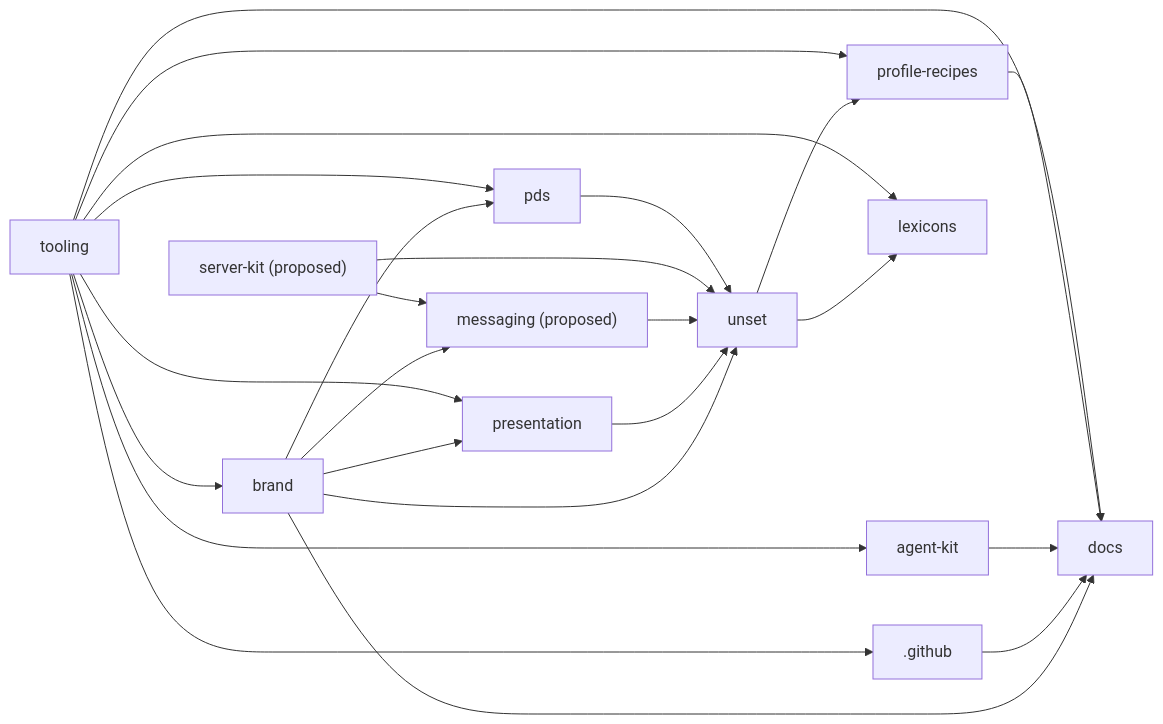
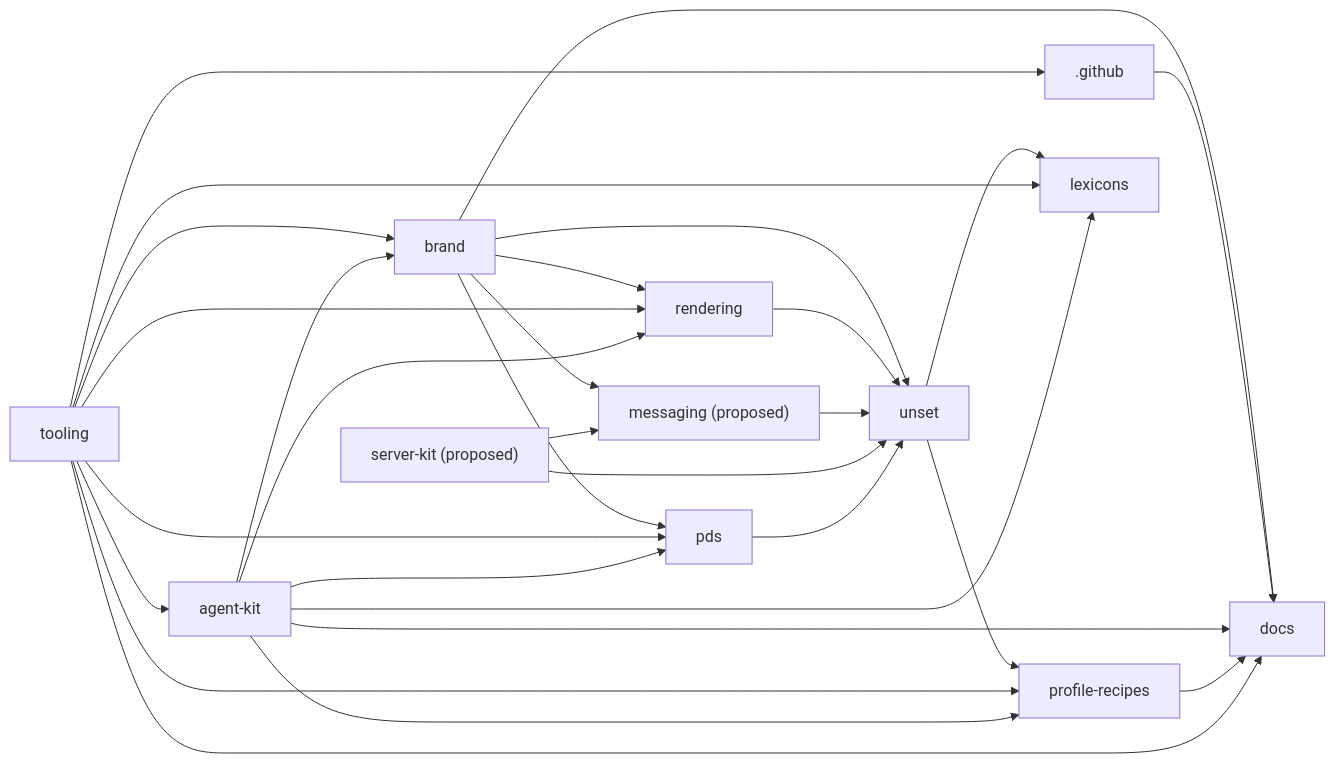
The diagram in MAP.md (unset-sh/.github), drawn with Mermaid before and after one commit. The commit also changed other lines of this file and 2 other files, not shown here.

First line of the commit message:
Rename presentation to rendering and record agent-kit adoption

````diff
--- a/MAP.md
+++ b/MAP.md
@@ -32,38 +32,43 @@
 ```mermaid
 flowchart LR
   r_unset["unset"]
   r__github[".github"]
   r_tooling["tooling"]
   r_brand["brand"]
-  r_presentation["presentation"]
+  r_rendering["rendering"]
   r_profile_recipes["profile-recipes"]
   r_docs["docs"]
   r_pds["pds"]
   r_lexicons["lexicons"]
   r_messaging["messaging (proposed)"]
   r_server_kit["server-kit (proposed)"]
   r_agent_kit["agent-kit"]
   r_brand --> r_unset
-  r_presentation --> r_unset
+  r_rendering --> r_unset
   r_messaging --> r_unset
   r_server_kit --> r_unset
   r_pds --> r_unset
   r_tooling --> r__github
   r_tooling --> r_brand
-  r_brand --> r_presentation
-  r_tooling --> r_presentation
+  r_agent_kit --> r_brand
+  r_brand --> r_rendering
+  r_tooling --> r_rendering
+  r_agent_kit --> r_rendering
   r_unset --> r_profile_recipes
   r_tooling --> r_profile_recipes
+  r_agent_kit --> r_profile_recipes
   r_brand --> r_docs
   r__github --> r_docs
   r_agent_kit --> r_docs
   r_profile_recipes --> r_docs
   r_tooling --> r_docs
   r_brand --> r_pds
   r_tooling --> r_pds
+  r_agent_kit --> r_pds
   r_unset --> r_lexicons
   r_tooling --> r_lexicons
+  r_agent_kit --> r_lexicons
   r_brand --> r_messaging
   r_server_kit --> r_messaging
   r_tooling --> r_agent_kit
 ```
````
